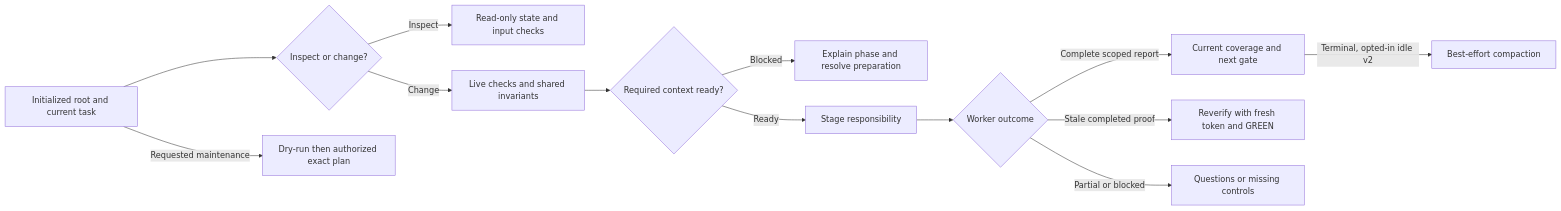
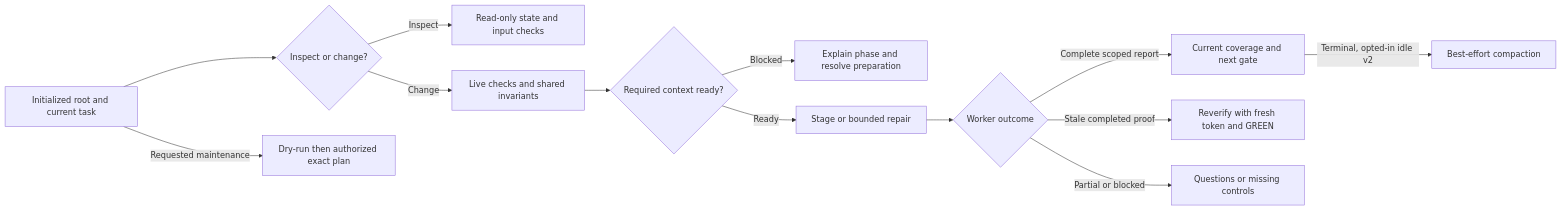
One commit to wgentil/devflow changed the diagram in skills/workflow/SKILL.md. Above: the diagram before and after it, drawn with Mermaid. The commit also changed other lines of this file and 49 other files, not shown here.

````diff
--- a/skills/workflow/SKILL.md
+++ b/skills/workflow/SKILL.md
@@ -16,15 +16,15 @@
 ```mermaid
 flowchart LR
     Scope[Initialized root and current task] --> Mode{Inspect or change?}
     Mode -->|Inspect| Inspect[Read-only state and input checks]
     Mode -->|Change| Checks[Live checks and shared invariants]
     Checks --> Prep{Required context ready?}
     Prep -->|Blocked| Context[Explain phase and resolve preparation]
-    Prep -->|Ready| Work[Stage responsibility]
+    Prep -->|Ready| Work[Stage or bounded repair]
     Work --> Result{Worker outcome}
     Result -->|Complete scoped report| Evidence[Current coverage and next gate]
     Result -->|Stale completed proof| Reverify[Reverify with fresh token and GREEN]
     Result -->|Partial or blocked| Recover[Questions or missing controls]
     Evidence -->|Terminal, opted-in idle v2| Compact[Best-effort compaction]
     Scope -->|Requested maintenance| Plan[Dry-run then authorized exact plan]
 ```
````
